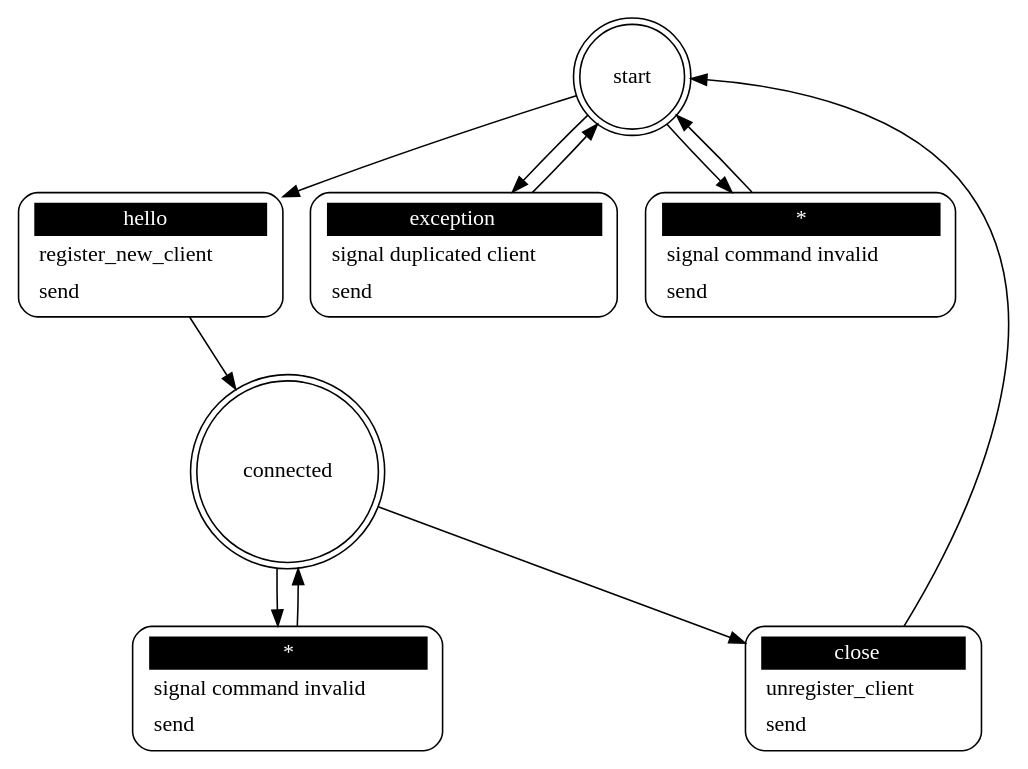
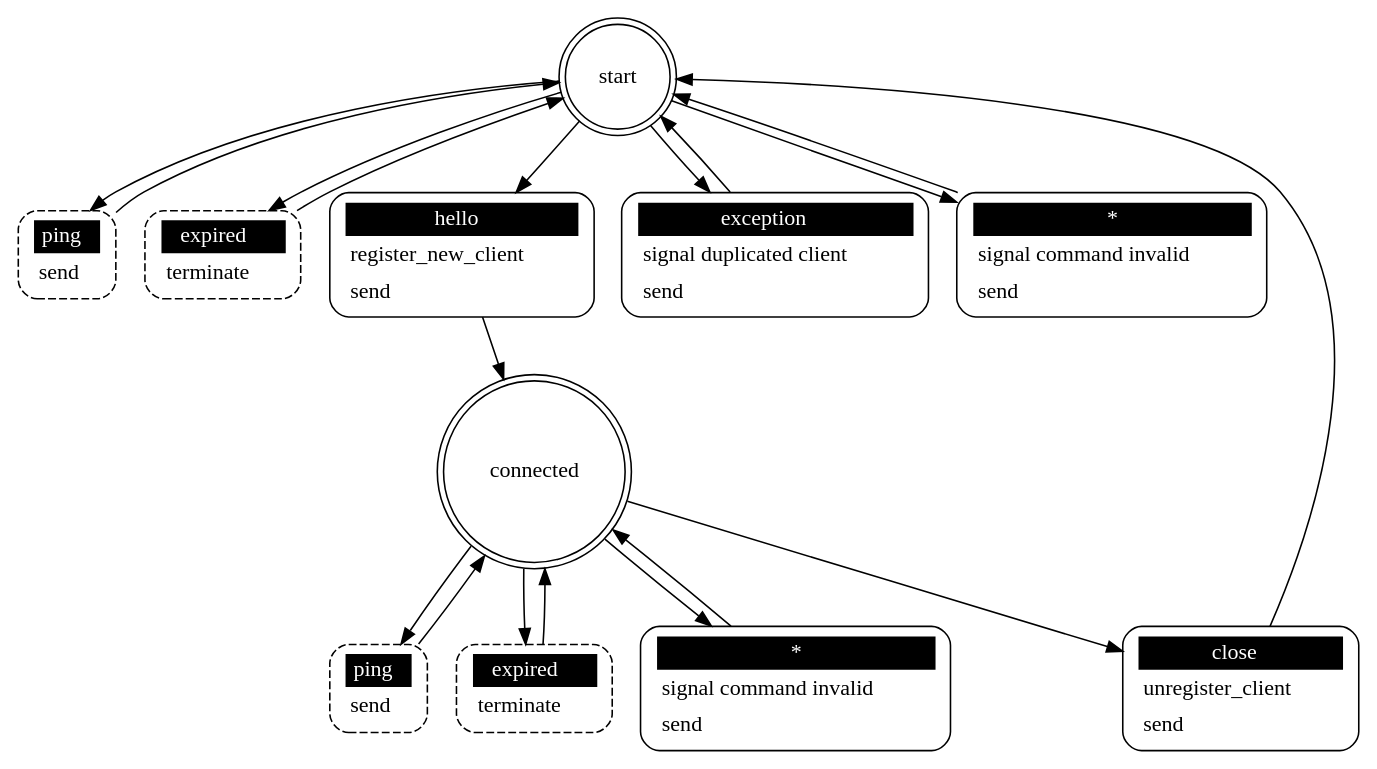
The diagram in src/joex_server.dot (eaton-bob/joex), drawn with Graphviz before and after one commit. The commit also changed 4 other files, not shown here.

```diff
--- a/src/joex_server.dot
+++ b/src/joex_server.dot
@@ -1,22 +1,34 @@
 ## Automatically generated from joex_server.xml by gsl
 digraph "joex_server" {
 
  "start" [shape = "doublecircle"];
+ "start ping" [shape = "Mrecord" style = dashed label = <<table border="0" cellborder="0" cellpadding="3" bgcolor="white"><tr><td bgcolor="black" align="center" colspan="2"><font color="white">ping</font></td></tr><tr><td align="left" port="r3">send</td></tr></table>>];
+ "start" -> "start ping";
+ "start ping" -> "start";
+ "start expired" [shape = "Mrecord" style = dashed label = <<table border="0" cellborder="0" cellpadding="3" bgcolor="white"><tr><td bgcolor="black" align="center" colspan="2"><font color="white">expired</font></td></tr><tr><td align="left" port="r3">terminate</td></tr></table>>];
+ "start" -> "start expired";
+ "start expired" -> "start";
  "start hello" [shape = "Mrecord" style = solid label = <<table border="0" cellborder="0" cellpadding="3" bgcolor="white"><tr><td bgcolor="black" align="center" colspan="2"><font color="white">hello</font></td></tr><tr><td align="left" port="r3">register_new_client</td></tr><tr><td align="left" port="r3">send</td></tr></table>>];
  "start" -> "start hello";
  "start hello" -> "connected";
  "start exception" [shape = "Mrecord" style = solid label = <<table border="0" cellborder="0" cellpadding="3" bgcolor="white"><tr><td bgcolor="black" align="center" colspan="2"><font color="white">exception</font></td></tr><tr><td align="left" port="r3">signal duplicated client</td></tr><tr><td align="left" port="r3">send</td></tr></table>>];
  "start" -> "start exception";
  "start exception" -> "start";
  "start *" [shape = "Mrecord" style = solid label = <<table border="0" cellborder="0" cellpadding="3" bgcolor="white"><tr><td bgcolor="black" align="center" colspan="2"><font color="white">*</font></td></tr><tr><td align="left" port="r3">signal command invalid</td></tr><tr><td align="left" port="r3">send</td></tr></table>>];
  "start" -> "start *";
  "start *" -> "start";
 
  "connected" [shape = "doublecircle"];
+ "connected ping" [shape = "Mrecord" style = dashed label = <<table border="0" cellborder="0" cellpadding="3" bgcolor="white"><tr><td bgcolor="black" align="center" colspan="2"><font color="white">ping</font></td></tr><tr><td align="left" port="r3">send</td></tr></table>>];
+ "connected" -> "connected ping";
+ "connected ping" -> "connected";
+ "connected expired" [shape = "Mrecord" style = dashed label = <<table border="0" cellborder="0" cellpadding="3" bgcolor="white"><tr><td bgcolor="black" align="center" colspan="2"><font color="white">expired</font></td></tr><tr><td align="left" port="r3">terminate</td></tr></table>>];
+ "connected" -> "connected expired";
+ "connected expired" -> "connected";
  "connected close" [shape = "Mrecord" style = solid label = <<table border="0" cellborder="0" cellpadding="3" bgcolor="white"><tr><td bgcolor="black" align="center" colspan="2"><font color="white">close</font></td></tr><tr><td align="left" port="r3">unregister_client</td></tr><tr><td align="left" port="r3">send</td></tr></table>>];
  "connected" -> "connected close";
  "connected close" -> "start";
  "connected *" [shape = "Mrecord" style = solid label = <<table border="0" cellborder="0" cellpadding="3" bgcolor="white"><tr><td bgcolor="black" align="center" colspan="2"><font color="white">*</font></td></tr><tr><td align="left" port="r3">signal command invalid</td></tr><tr><td align="left" port="r3">send</td></tr></table>>];
  "connected" -> "connected *";
  "connected *" -> "connected";
 }
```
